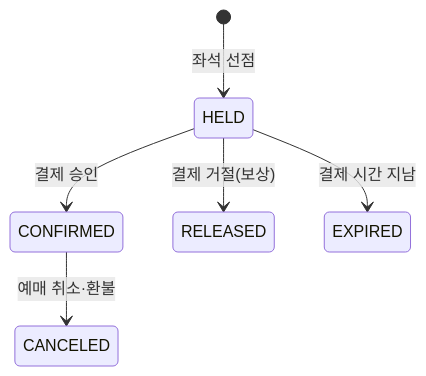
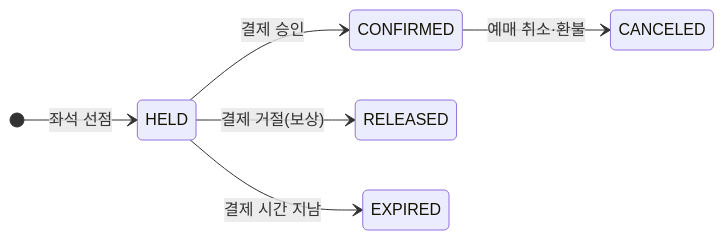
The fourth of 8 diagrams in README.md (GGangMY/high-quality-ticketing-system), drawn with Mermaid before and after one commit. The commit also changed other lines of this file, not shown here.

Commit message:
docs(readme): 다이어그램 배치를 GitHub 화면 폭에 맞게 고치고 배지를 키움 #ISE-308

````diff
--- a/README.md
+++ b/README.md
@@ -228,8 +222,9 @@
 ```mermaid
 stateDiagram-v2
+  direction LR
   [*] --> HELD: 좌석 선점
   HELD --> CONFIRMED: 결제 승인
   HELD --> RELEASED: 결제 거절(보상)
   HELD --> EXPIRED: 결제 시간 지남
   CONFIRMED --> CANCELED: 예매 취소·환불
 ```
````
